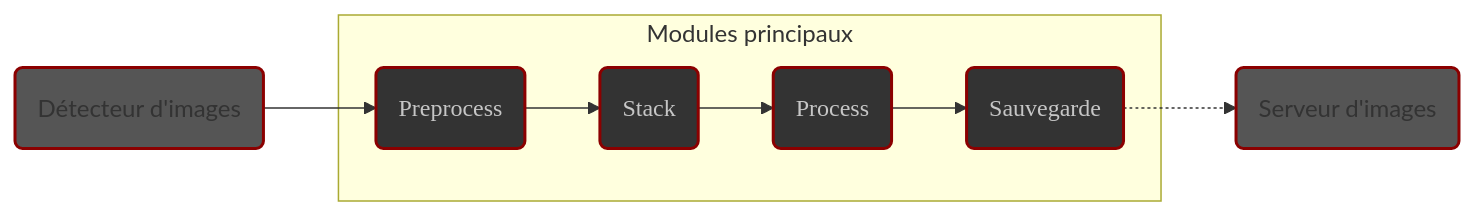
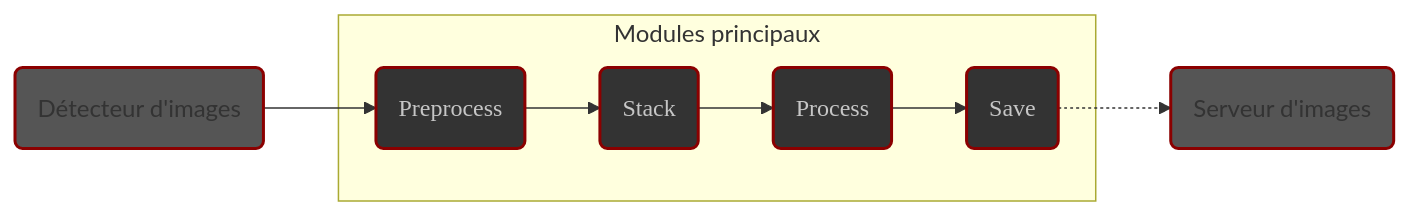
Before and after one commit to deufrai/als: the diagram in content/fr/docs/v0.7/user-guide/concepts.md, drawn with Mermaid. The commit also changed other lines of this file and 1 other file, not shown here.

Commit message:
unify Save module name use in FR docs

````diff
--- a/content/fr/docs/v0.7/user-guide/concepts.md
+++ b/content/fr/docs/v0.7/user-guide/concepts.md
@@ -37,17 +37,17 @@
 ```mermaid
 graph LR
     subgraph Modules principaux
         B(Preprocess) --> C(Stack)
         C --> D(Process)
-        D --> E(Sauvegarde)
+        D --> E(Save)
     end
     A(Détecteur d'images) --> B
     E -.-> F(Serveur d'images)
 
     style A fill:#555,stroke:darkred,stroke-width:2px
     style B fill:#333,stroke:darkred,stroke-width:2px,color:#c6c6c6,font-family:'Poppins',sans-serif
     style C fill:#333,stroke:darkred,stroke-width:2px,color:#c6c6c6,font-family:'Poppins',sans-serif
     style D fill:#333,stroke:darkred,stroke-width:2px,color:#c6c6c6,font-family:'Poppins',sans-serif
     style E fill:#333,stroke:darkred,stroke-width:2px,color:#c6c6c6,font-family:'Poppins',sans-serif
     style F fill:#555,stroke:darkred,stroke-width:2px
 ```
````
